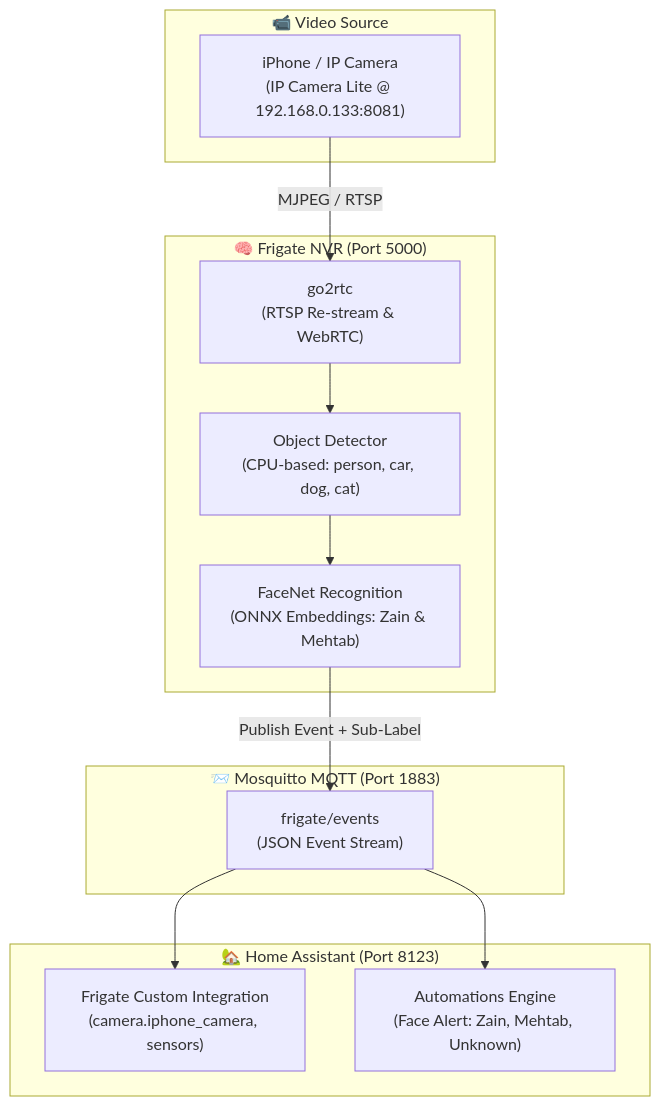
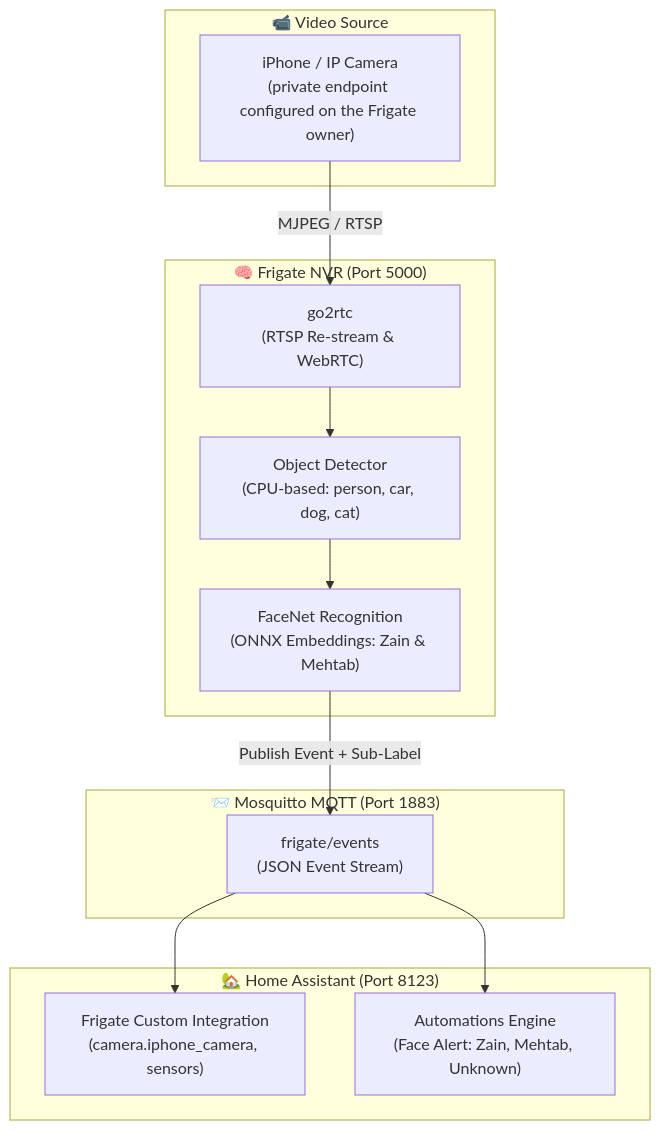
The diagram in README.md (zainchodry/frigate-vlm-stack), drawn with Mermaid before and after one commit. The commit also changed other lines of this file and 40 other files, not shown here.

````diff
--- a/README.md
+++ b/README.md
@@ -24,27 +24,27 @@
 ```mermaid
 flowchart TD
     subgraph CameraSource ["📹 Video Source"]
-        Cam["iPhone / IP Camera\n(IP Camera Lite @ 192.168.0.133:8081)"]
+        Cam["iPhone / IP Camera\n(private endpoint configured on the Frigate owner)"]
     end
 
     subgraph FrigateStack ["🧠 Frigate NVR (Port 5000)"]
         G2R["go2rtc\n(RTSP Re-stream & WebRTC)"]
         Det["Object Detector\n(CPU-based: person, car, dog, cat)"]
         Face["FaceNet Recognition\n(ONNX Embeddings: Zain & Mehtab)"]
         Cam -->|MJPEG / RTSP| G2R
         G2R --> Det
         Det --> Face
     end
 
     subgraph MessageBroker ["📨 Mosquitto MQTT (Port 1883)"]
         MQTT["frigate/events\n(JSON Event Stream)"]
         Face -->|Publish Event + Sub-Label| MQTT
     end
 
     subgraph SmartHome ["🏡 Home Assistant (Port 8123)"]
         HAC["Frigate Custom Integration\n(camera.iphone_camera, sensors)"]
         Auto["Automations Engine\n(Face Alert: Zain, Mehtab, Unknown)"]
         MQTT --> HAC
         MQTT --> Auto
     end
 ```
````
